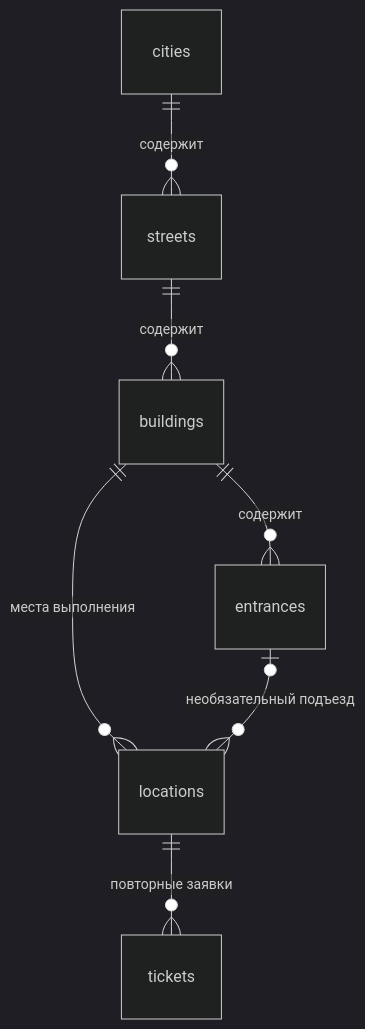
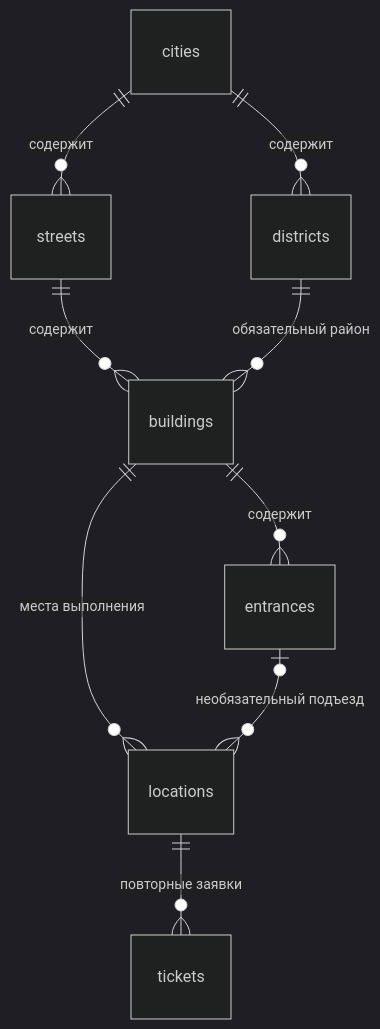
The diagram in backend/README.md (kiryshahaha/beeline), drawn with Mermaid (dark theme) before and after one commit. The commit also changed other lines of this file and 14 other files, not shown here.

````diff
--- a/backend/README.md
+++ b/backend/README.md
@@ -136,9 +146,11 @@
 ```mermaid
 erDiagram
     cities ||--o{ streets : "содержит"
+    cities ||--o{ districts : "содержит"
     streets ||--o{ buildings : "содержит"
+    districts ||--o{ buildings : "обязательный район"
     buildings ||--o{ entrances : "содержит"
     buildings ||--o{ locations : "места выполнения"
     entrances o|--o{ locations : "необязательный подъезд"
     locations ||--o{ tickets : "повторные заявки"
 ```
````
